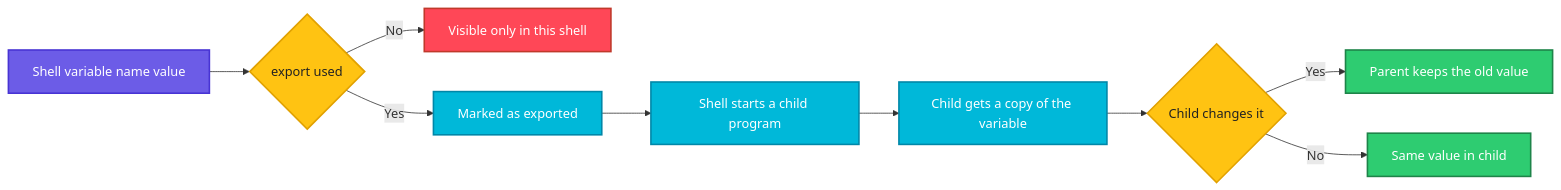
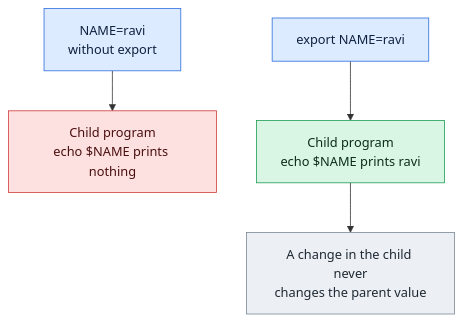
Before and after one commit to codeKerdosTech/DevOps-Documentation: the diagram in linux/shell-basics/export.md, drawn with Mermaid. The commit also changed other lines of this file and 165 other files, not shown here.

Commit message:
updated diagrams in linux

````diff
--- a/linux/shell-basics/export.md
+++ b/linux/shell-basics/export.md
@@ -15,23 +15,15 @@
 ```mermaid
-flowchart LR
-    A[Shell variable name value] --> B{export used}
-    B -->|No| C[Visible only in this shell]
-    B -->|Yes| D[Marked as exported]
-    D --> E[Shell starts a child program]
-    E --> F[Child gets a copy of the variable]
-    F --> G{Child changes it}
-    G -->|Yes| H[Parent keeps the old value]
-    G -->|No| I[Same value in child]
-    classDef start fill:#6C5CE7,stroke:#4834D4,stroke-width:2px,color:#fff
-    classDef proc fill:#00B8D9,stroke:#0087A8,stroke-width:2px,color:#fff
-    classDef dec fill:#FFC312,stroke:#E1A100,stroke-width:2px,color:#222
-    classDef ok fill:#2ECC71,stroke:#1E8449,stroke-width:2px,color:#fff
-    classDef err fill:#FF4757,stroke:#C0392B,stroke-width:2px,color:#fff
-    classDef out fill:#FD79A8,stroke:#E84393,stroke-width:2px,color:#fff
-    classDef alt fill:#FF9F43,stroke:#E67E22,stroke-width:2px,color:#fff
-    class A start
-    class D,E,F proc
-    class B,G dec
-    class C err
-    class H,I ok
+flowchart TD
+    i1[NAME=ravi<br/>without export] --> x1[Child program<br/>echo $NAME prints nothing]
+    i2[export NAME=ravi] --> o1[Child program<br/>echo $NAME prints ravi]
+    o1 --> n1[A change in the child never<br/>changes the parent value]
+    classDef inp fill:#DCEBFF,stroke:#2F6FDE,color:#10213F
+    classDef cmd fill:#FFF0C2,stroke:#C98A00,color:#3A2A00
+    classDef out fill:#D9F5E3,stroke:#1F9D55,color:#0B2E1A
+    classDef bad fill:#FDE0E0,stroke:#D13B3B,color:#4A0F0F
+    classDef note fill:#ECEFF3,stroke:#7B8794,color:#1F2933
+    class i1,i2 inp
+    class x1 bad
+    class o1 out
+    class n1 note
 ```
````
